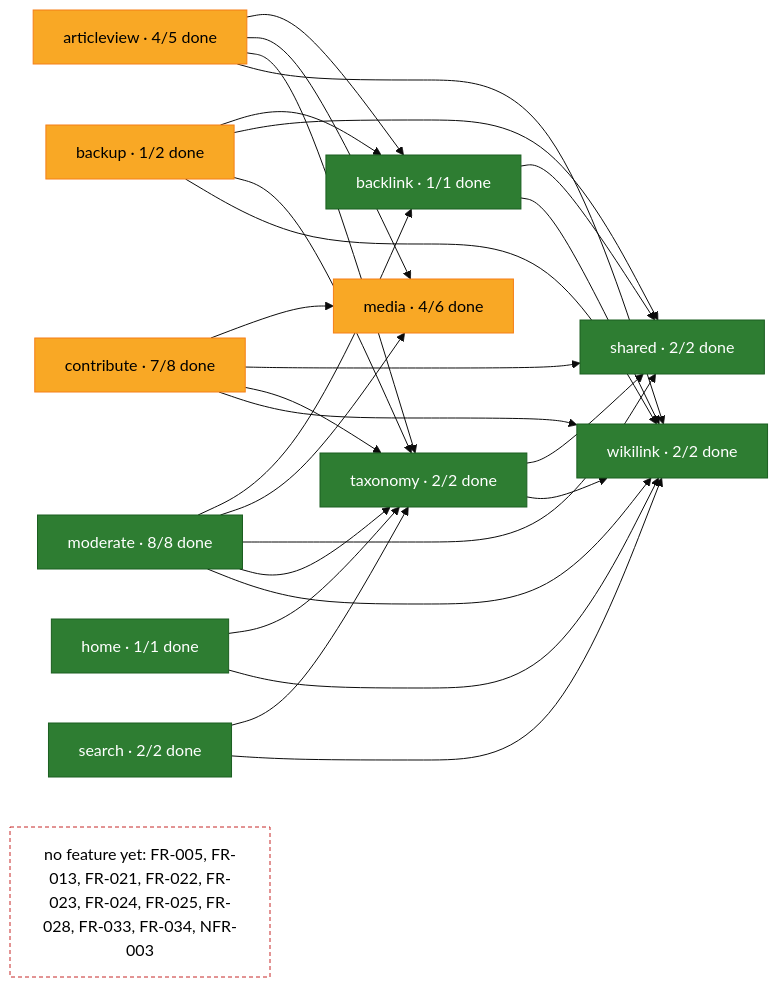
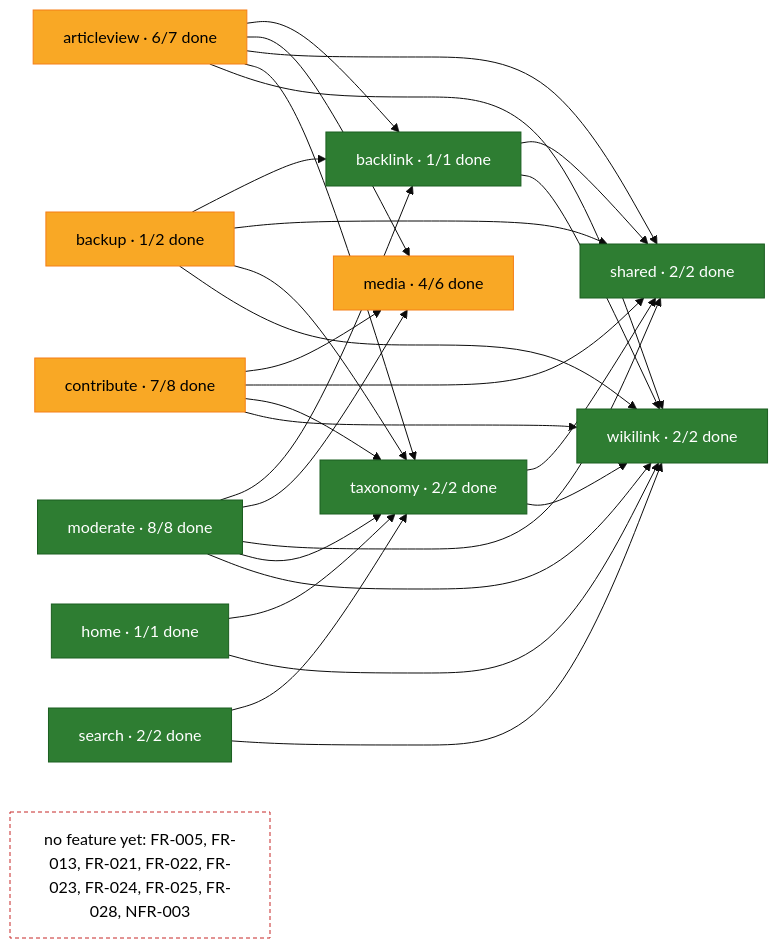
The second of 2 diagrams in docs/gap-list.md (rikire/Exchange-Student-Guide-Platform), drawn with Mermaid (base theme) before and after one commit. The commit also changed other lines of this file and 65 other files, not shown here.

````diff
--- a/docs/gap-list.md
+++ b/docs/gap-list.md
@@ -24,44 +24,45 @@
 ```mermaid
 flowchart LR
-    articleview["articleview · 4/5 done"]:::partial
+    articleview["articleview · 6/7 done"]:::partial
     backlink["backlink · 1/1 done"]:::done
     backup["backup · 1/2 done"]:::partial
     contribute["contribute · 7/8 done"]:::partial
     home["home · 1/1 done"]:::done
     media["media · 4/6 done"]:::partial
     moderate["moderate · 8/8 done"]:::done
     search["search · 2/2 done"]:::done
     shared["shared · 2/2 done"]:::done
     taxonomy["taxonomy · 2/2 done"]:::done
     wikilink["wikilink · 2/2 done"]:::done
-    unmapped["no feature yet: FR-005, FR-013, FR-021, FR-022, FR-023, FR-024, FR-025, FR-028, FR-033, FR-034, NFR-003"]:::unmapped
+    unmapped["no feature yet: FR-005, FR-013, FR-021, FR-022, FR-023, FR-024, FR-025, FR-028, NFR-003"]:::unmapped
     articleview --> backlink
     articleview --> media
+    articleview --> shared
     articleview --> taxonomy
     articleview --> wikilink
     backlink --> shared
     backlink --> wikilink
     backup --> backlink
     backup --> shared
     backup --> taxonomy
     backup --> wikilink
     contribute --> media
     contribute --> shared
     contribute --> taxonomy
     contribute --> wikilink
     home --> taxonomy
     home --> wikilink
     moderate --> backlink
     moderate --> media
     moderate --> shared
     moderate --> taxonomy
     moderate --> wikilink
     search --> taxonomy
     search --> wikilink
     taxonomy --> shared
     taxonomy --> wikilink
     classDef done fill:#2e7d32,stroke:#1b5e20,color:#ffffff
     classDef partial fill:#f9a825,stroke:#f57f17,color:#000000
     classDef none fill:#e0e0e0,stroke:#9e9e9e,color:#000000
     classDef unmapped fill:#ffffff,stroke:#c62828,stroke-dasharray:4 3,color:#000000
 ```
````
